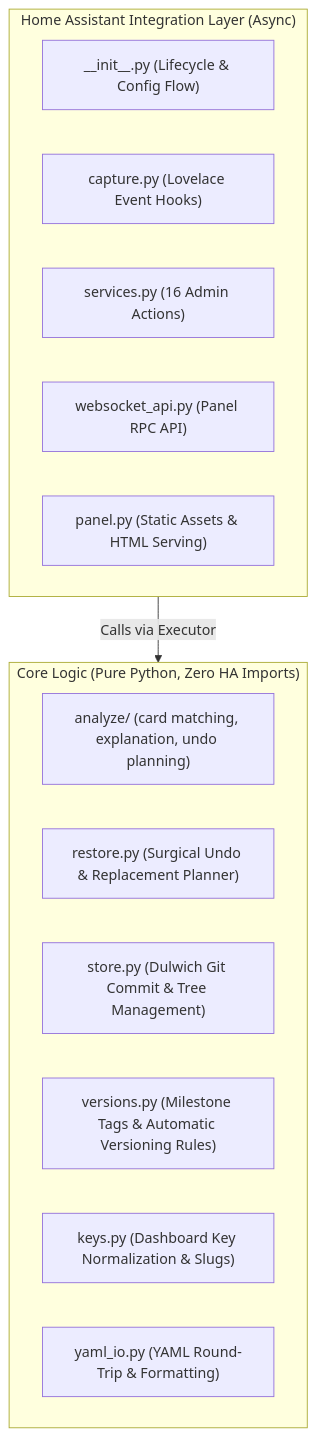
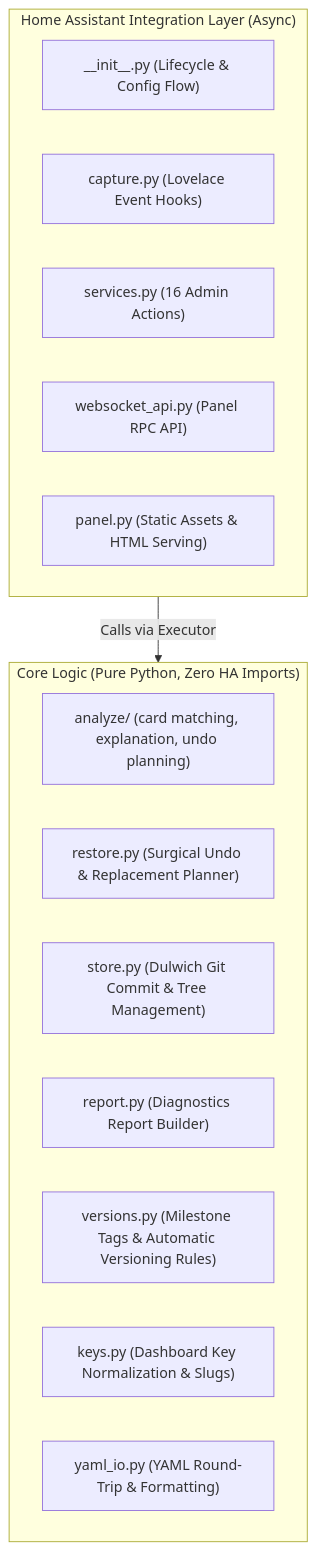
The diagram in docs/development.md (PPP01/ha-dashboard-history), drawn with Mermaid before and after one commit. The commit also changed other lines of this file and 10 other files, not shown here.

````diff
--- a/docs/development.md
+++ b/docs/development.md
@@ -11,21 +11,22 @@
 ```mermaid
 flowchart TD
     subgraph HA_Layer ["Home Assistant Integration Layer (Async)"]
         Init["__init__.py (Lifecycle & Config Flow)"]
         Capture["capture.py (Lovelace Event Hooks)"]
         Services["services.py (16 Admin Actions)"]
         WS["websocket_api.py (Panel RPC API)"]
         Panel["panel.py (Static Assets & HTML Serving)"]
     end
 
     subgraph Core_Layer ["Core Logic (Pure Python, Zero HA Imports)"]
         Analyze["analyze/ (card matching, explanation, undo planning)"]
         Restore["restore.py (Surgical Undo & Replacement Planner)"]
         Store["store.py (Dulwich Git Commit & Tree Management)"]
+        Report["report.py (Diagnostics Report Builder)"]
         Versions["versions.py (Milestone Tags & Automatic Versioning Rules)"]
         Keys["keys.py (Dashboard Key Normalization & Slugs)"]
         YamlIO["yaml_io.py (YAML Round-Trip & Formatting)"]
     end
 
     HA_Layer -->|Calls via Executor| Core_Layer
 ```
````
